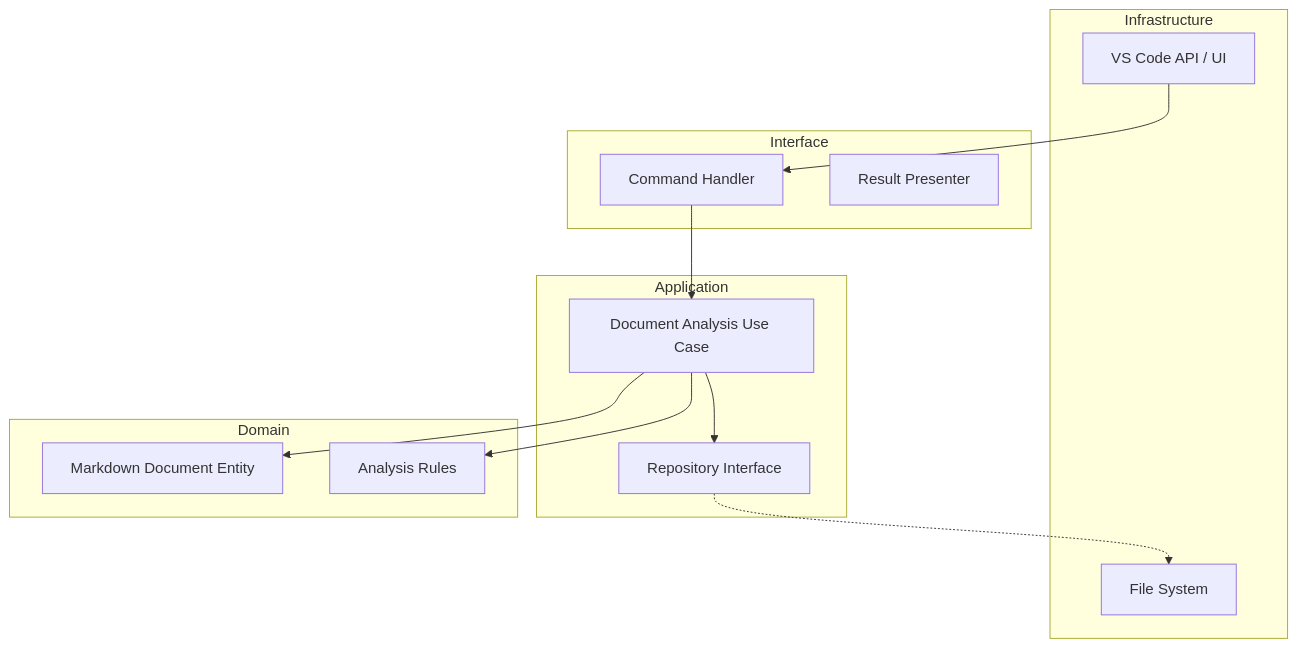
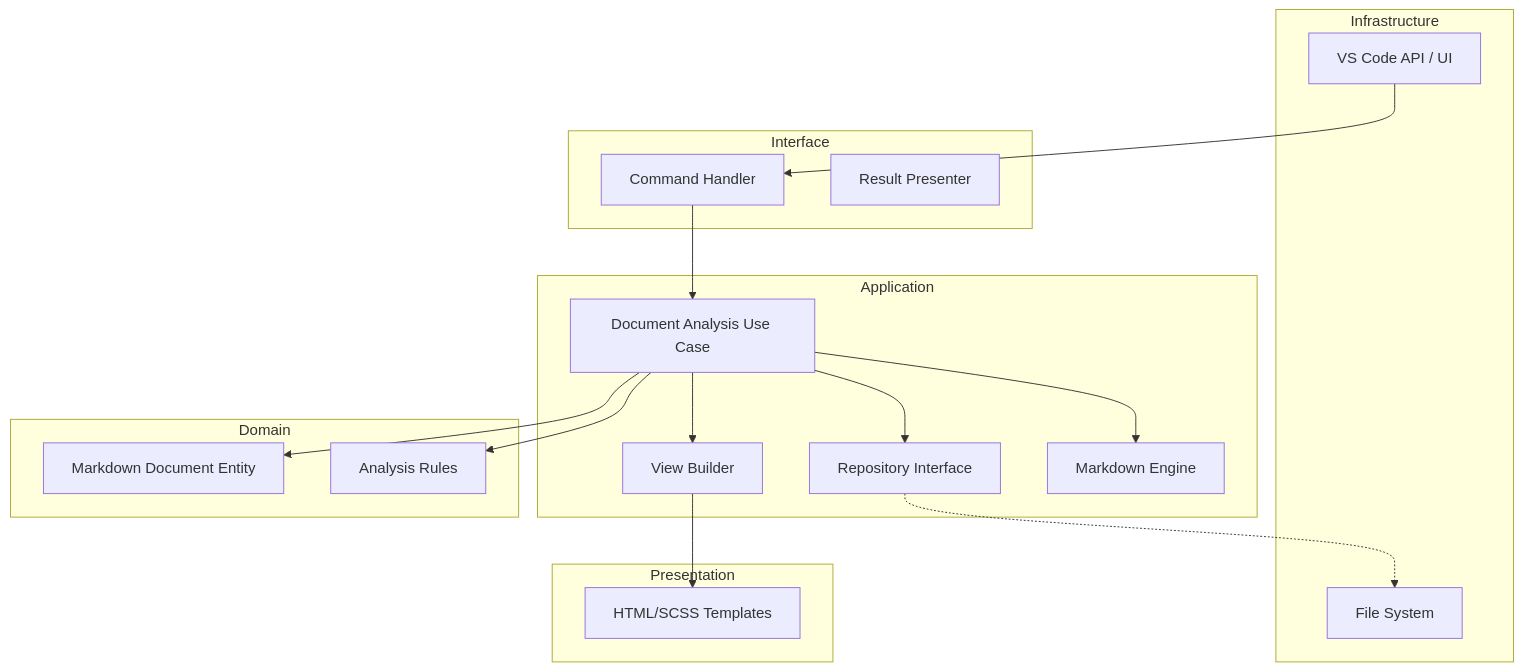
Before and after one commit to sun-flat-yamada/vscode-markdown-comment: the diagram in GEMINI.ja.md, drawn with Mermaid. The commit also changed other lines of this file and 1 other file, not shown here.

````diff
--- a/GEMINI.ja.md
+++ b/GEMINI.ja.md
@@ -16,26 +16,34 @@
 ```mermaid
 graph TD
     subgraph Infrastructure
         VSCodeAPI["VS Code API / UI"]
         FileSys["File System"]
     end
     subgraph Interface
         CmdHandler["Command Handler"]
         Presenter["Result Presenter"]
     end
     subgraph Application
         UseCase["Document Analysis Use Case"]
         IRepo["Repository Interface"]
+        ViewBuilder["View Builder"]
+        MarkdownEngine["Markdown Engine"]
+    end
+    subgraph Presentation
+        Views["HTML/SCSS Templates"]
     end
     subgraph Domain
         Entity["Markdown Document Entity"]
         Rules["Analysis Rules"]
     end
 
     VSCodeAPI --> CmdHandler
     CmdHandler --> UseCase
     UseCase --> Entity
     UseCase --> Rules
     UseCase --> IRepo
+    UseCase --> ViewBuilder
+    UseCase --> MarkdownEngine
+    ViewBuilder --> Views
     IRepo -.-> FileSys
 ```
````
